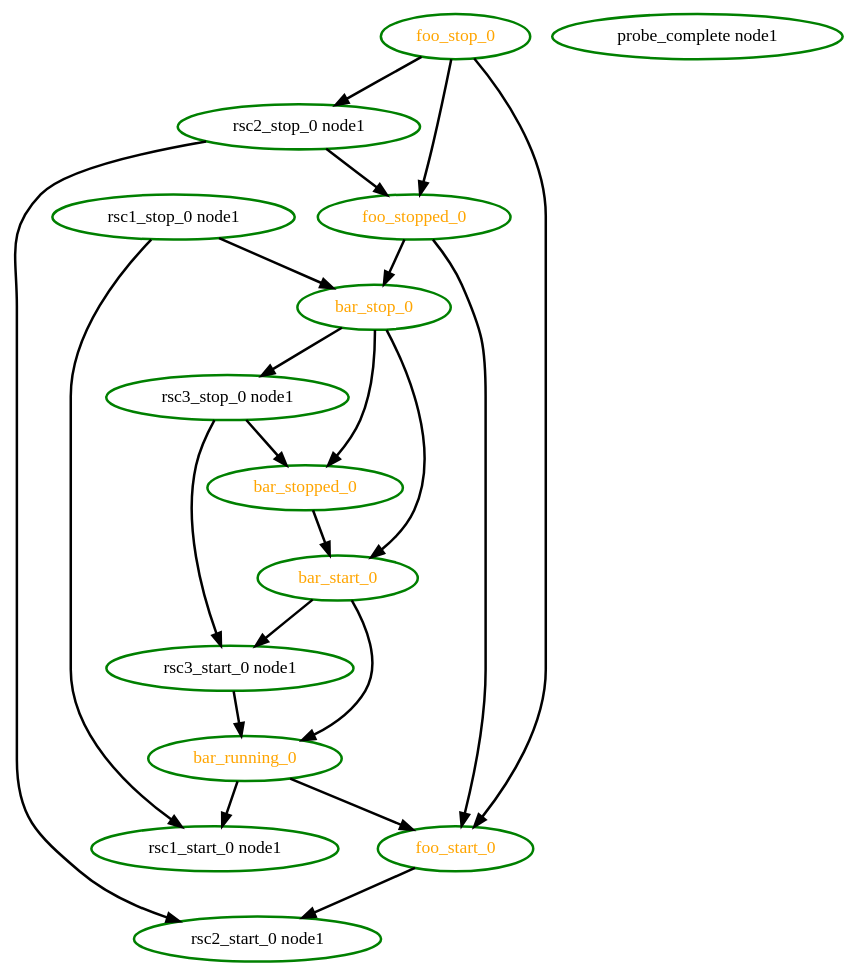
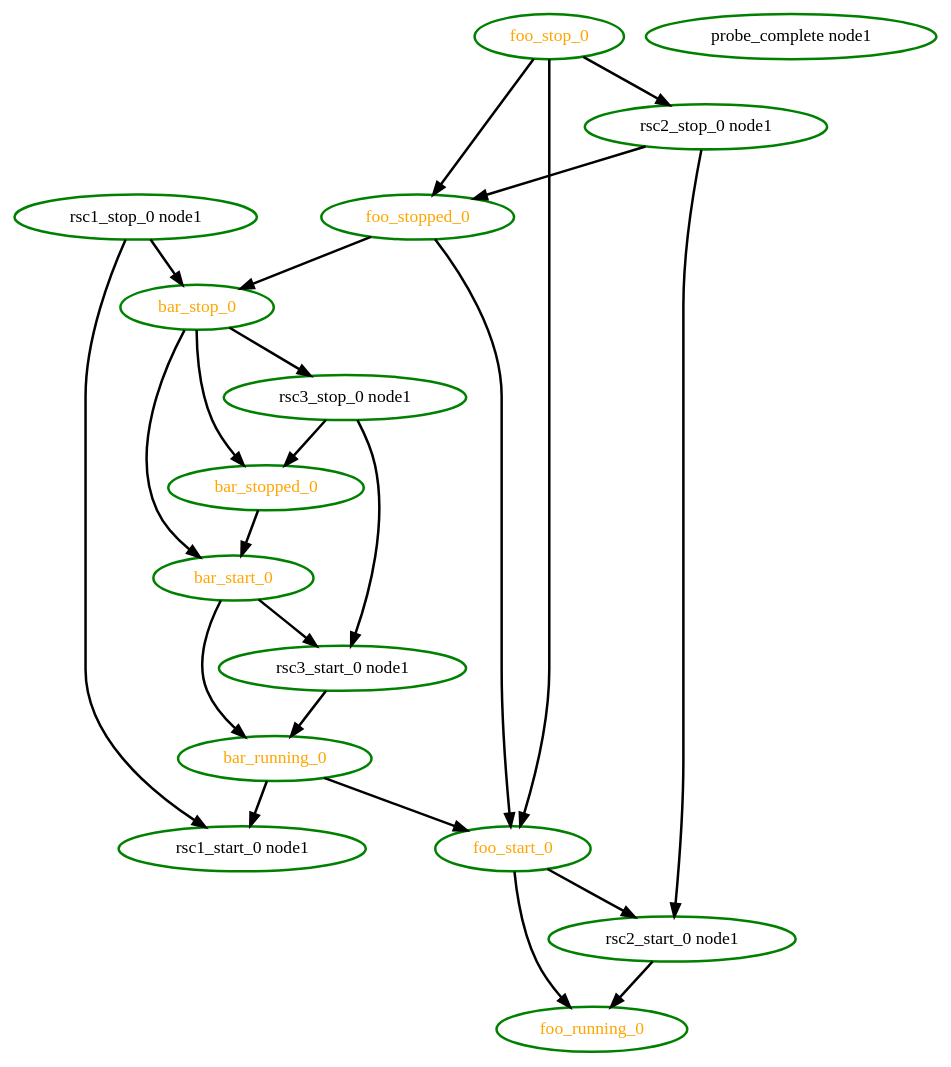
The diagram in crm/pengine/testcases/rec-rsc-9.dot (richiewen8/heartbeat), drawn with Graphviz before and after one commit. The commit also changed 5 other files, not shown here.

```diff
--- a/crm/pengine/testcases/rec-rsc-9.dot
+++ b/crm/pengine/testcases/rec-rsc-9.dot
@@ -1,37 +1,40 @@
  digraph "g" {
 "bar_running_0" -> "foo_start_0" [ style = bold]
 "bar_running_0" -> "rsc1_start_0 node1" [ style = bold]
 "bar_running_0" [ style=bold color="green" fontcolor="orange" ]
 "bar_start_0" -> "bar_running_0" [ style = bold]
 "bar_start_0" -> "rsc3_start_0 node1" [ style = bold]
 "bar_start_0" [ style=bold color="green" fontcolor="orange" ]
 "bar_stop_0" -> "bar_start_0" [ style = bold]
 "bar_stop_0" -> "bar_stopped_0" [ style = bold]
 "bar_stop_0" -> "rsc3_stop_0 node1" [ style = bold]
 "bar_stop_0" [ style=bold color="green" fontcolor="orange" ]
 "bar_stopped_0" -> "bar_start_0" [ style = bold]
 "bar_stopped_0" [ style=bold color="green" fontcolor="orange" ]
+"foo_running_0" [ style=bold color="green" fontcolor="orange" ]
+"foo_start_0" -> "foo_running_0" [ style = bold]
 "foo_start_0" -> "rsc2_start_0 node1" [ style = bold]
 "foo_start_0" [ style=bold color="green" fontcolor="orange" ]
 "foo_stop_0" -> "foo_start_0" [ style = bold]
 "foo_stop_0" -> "foo_stopped_0" [ style = bold]
 "foo_stop_0" -> "rsc2_stop_0 node1" [ style = bold]
 "foo_stop_0" [ style=bold color="green" fontcolor="orange" ]
 "foo_stopped_0" -> "bar_stop_0" [ style = bold]
 "foo_stopped_0" -> "foo_start_0" [ style = bold]
 "foo_stopped_0" [ style=bold color="green" fontcolor="orange" ]
 "probe_complete node1" [ style=bold color="green" fontcolor="black" ]
 "rsc1_start_0 node1" [ style=bold color="green" fontcolor="black" ]
 "rsc1_stop_0 node1" -> "bar_stop_0" [ style = bold]
 "rsc1_stop_0 node1" -> "rsc1_start_0 node1" [ style = bold]
 "rsc1_stop_0 node1" [ style=bold color="green" fontcolor="black" ]
+"rsc2_start_0 node1" -> "foo_running_0" [ style = bold]
 "rsc2_start_0 node1" [ style=bold color="green" fontcolor="black" ]
 "rsc2_stop_0 node1" -> "foo_stopped_0" [ style = bold]
 "rsc2_stop_0 node1" -> "rsc2_start_0 node1" [ style = bold]
 "rsc2_stop_0 node1" [ style=bold color="green" fontcolor="black" ]
 "rsc3_start_0 node1" -> "bar_running_0" [ style = bold]
 "rsc3_start_0 node1" [ style=bold color="green" fontcolor="black" ]
 "rsc3_stop_0 node1" -> "bar_stopped_0" [ style = bold]
 "rsc3_stop_0 node1" -> "rsc3_start_0 node1" [ style = bold]
 "rsc3_stop_0 node1" [ style=bold color="green" fontcolor="black" ]
 }
```
